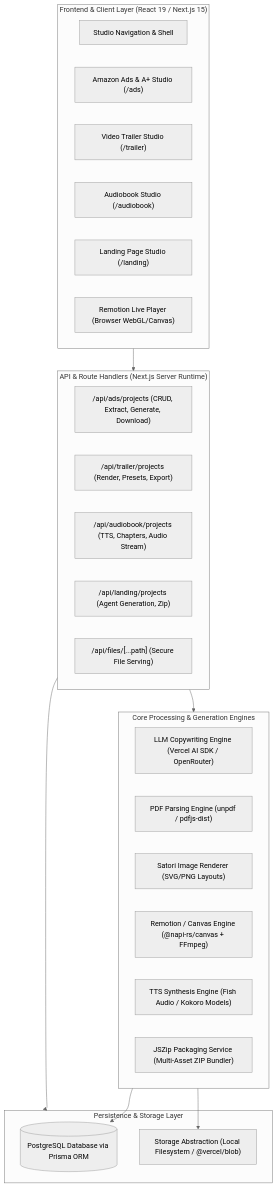
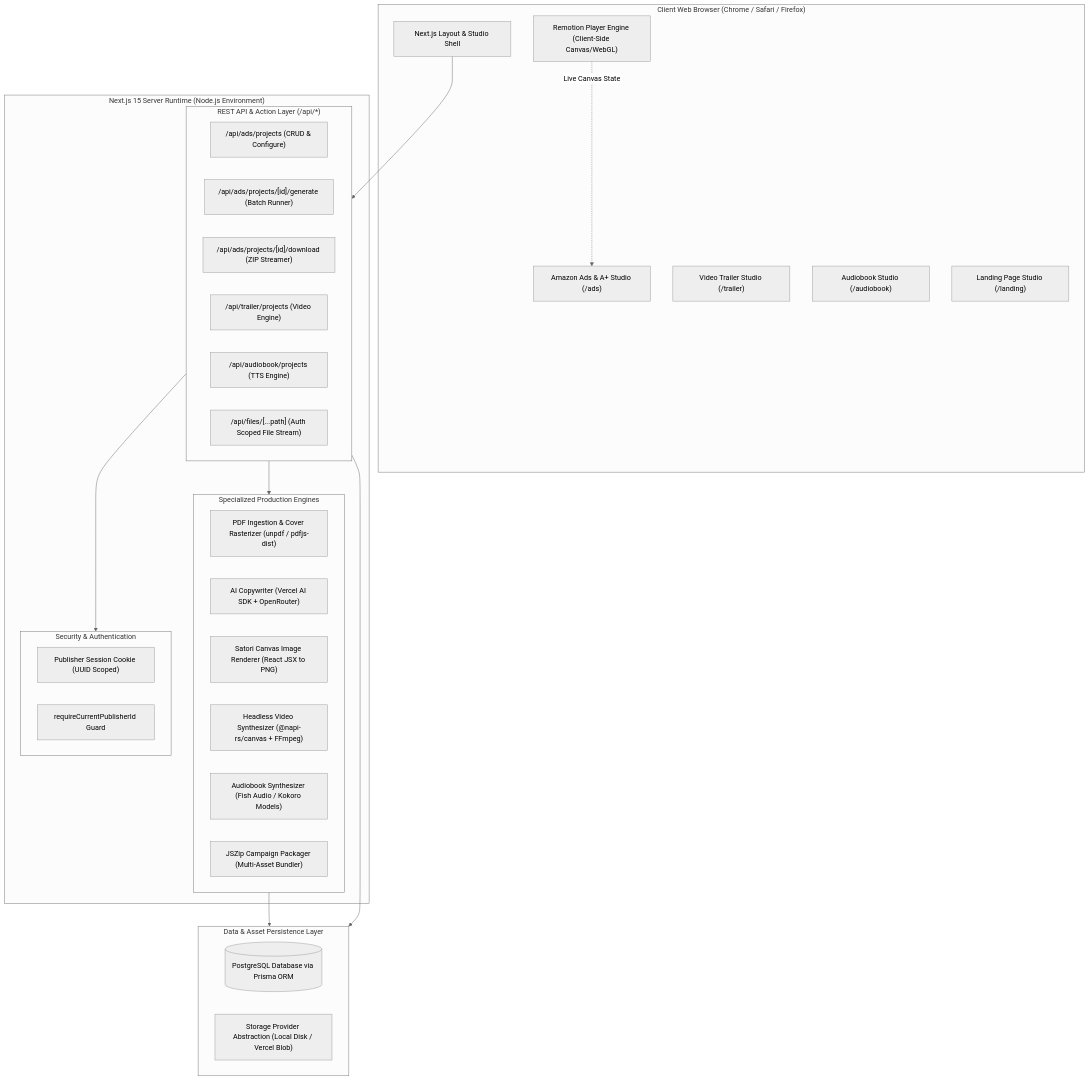
The first of 5 diagrams in docs/ARCHITECTURE_AND_FEATURES.md (Vijendrapratap/Publisher_toolkit), drawn with Mermaid (neutral theme) before and after one commit. The commit also changed other lines of this file, not shown here.

Commit message:
docs: add comprehensive platform architecture, lifecycle sequence diagrams, and feature guides

````diff
--- a/docs/ARCHITECTURE_AND_FEATURES.md
+++ b/docs/ARCHITECTURE_AND_FEATURES.md
@@ -11,39 +53,48 @@
 ```mermaid
 flowchart TD
-    subgraph ClientLayer["Frontend & Client Layer (React 19 / Next.js 15)"]
-        UI_Nav["Studio Navigation & Shell"]
+    subgraph ClientBrowser["Client Web Browser (Chrome / Safari / Firefox)"]
+        UI_Shell["Next.js Layout & Studio Shell"]
         UI_Ads["Amazon Ads & A+ Studio (/ads)"]
         UI_Trailer["Video Trailer Studio (/trailer)"]
         UI_Audio["Audiobook Studio (/audiobook)"]
         UI_Landing["Landing Page Studio (/landing)"]
-        UI_Remotion["Remotion Live Player (Browser WebGL/Canvas)"]
+        UI_RemotionPlayer["Remotion Player Engine (Client-Side Canvas/WebGL)"]
     end
 
-    subgraph APILayer["API & Route Handlers (Next.js Server Runtime)"]
-        API_Ads["/api/ads/projects (CRUD, Extract, Generate, Download)"]
-        API_Trailer["/api/trailer/projects (Render, Presets, Export)"]
-        API_Audio["/api/audiobook/projects (TTS, Chapters, Audio Stream)"]
-        API_Landing["/api/landing/projects (Agent Generation, Zip)"]
-        API_Files["/api/files/[...path] (Secure File Serving)"]
+    subgraph AppRouter["Next.js 15 Server Runtime (Node.js Environment)"]
+        subgraph APIRoutes["REST API & Action Layer (/api/*)"]
+            API_Projects["/api/ads/projects (CRUD & Configure)"]
+            API_Generate["/api/ads/projects/[id]/generate (Batch Runner)"]
+            API_Download["/api/ads/projects/[id]/download (ZIP Streamer)"]
+            API_TrailerProjects["/api/trailer/projects (Video Engine)"]
+            API_AudioProjects["/api/audiobook/projects (TTS Engine)"]
+            API_Files["/api/files/[...path] (Auth Scoped File Stream)"]
+        end
+
+        subgraph CoreEngines["Specialized Production Engines"]
+            ENG_Extract["PDF Ingestion & Cover Rasterizer (unpdf / pdfjs-dist)"]
+            ENG_Copy["AI Copywriter (Vercel AI SDK + OpenRouter)"]
+            ENG_Satori["Satori Canvas Image Renderer (React JSX to PNG)"]
+            ENG_Video["Headless Video Synthesizer (@napi-rs/canvas + FFmpeg)"]
+            ENG_TTS["Audiobook Synthesizer (Fish Audio / Kokoro Models)"]
+            ENG_Packaging["JSZip Campaign Packager (Multi-Asset Bundler)"]
+        end
+
+        subgraph SecurityAuth["Security & Authentication"]
+            AUTH_Cookie["Publisher Session Cookie (UUID Scoped)"]
+            AUTH_Guard["requireCurrentPublisherId Guard"]
+        end
     end
 
-    subgraph EngineLayer["Core Processing & Generation Engines"]
-        ENG_AI["LLM Copywriting Engine (Vercel AI SDK / OpenRouter)"]
-        ENG_PDF["PDF Parsing Engine (unpdf / pdfjs-dist)"]
-        ENG_Satori["Satori Image Renderer (SVG/PNG Layouts)"]
-        ENG_Remotion["Remotion / Canvas Engine (@napi-rs/canvas + FFmpeg)"]
-        ENG_TTS["TTS Synthesis Engine (Fish Audio / Kokoro Models)"]
-        ENG_Zip["JSZip Packaging Service (Multi-Asset ZIP Bundler)"]
+    subgraph DataStorage["Data & Asset Persistence Layer"]
+        DB[(PostgreSQL Database via Prisma ORM)]
+        STORAGE["Storage Provider Abstraction (Local Disk / Vercel Blob)"]
     end
 
-    subgraph DataLayer["Persistence & Storage Layer"]
-        DB[(PostgreSQL Database via Prisma ORM)]
-        STORAGE["Storage Abstraction (Local Filesystem / @vercel/blob)"]
-    end
-
-    ClientLayer --> APILayer
-    APILayer --> EngineLayer
-    APILayer --> DataLayer
-    EngineLayer --> STORAGE
-    EngineLayer --> DB
+    UI_Shell --> APIRoutes
+    UI_RemotionPlayer -.->|Live Canvas State| UI_Ads
+    APIRoutes --> SecurityAuth
+    APIRoutes --> CoreEngines
+    CoreEngines --> DataStorage
+    APIRoutes --> DataStorage
 ```
````
